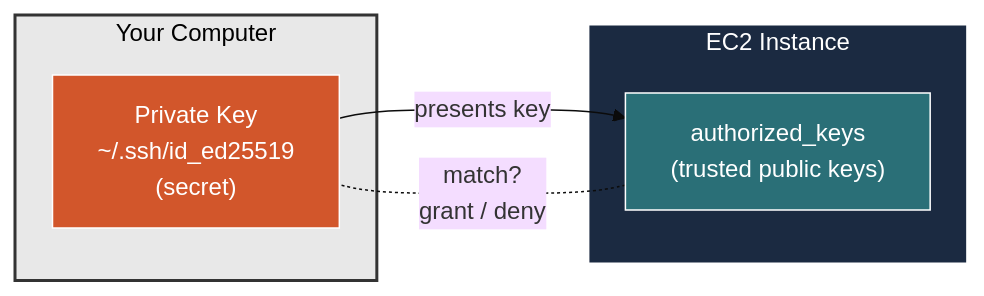
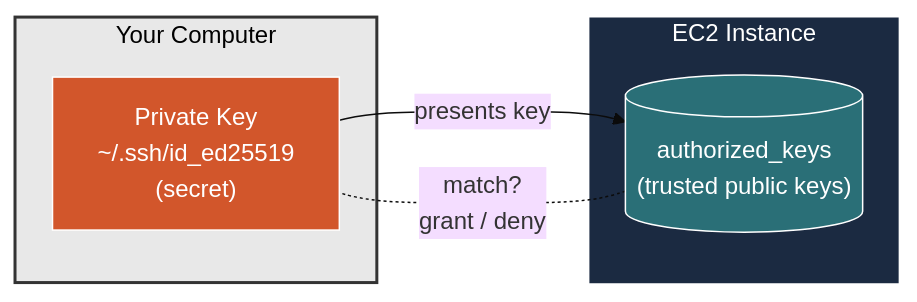
The first of 3 diagrams in manage-ssh-keys.qmd (mjfrigaard/do4ds-labs), drawn with Mermaid before and after one commit. The commit also changed 28 other files, not shown here.

Commit message:
updates to mermaids

````diff
--- a/manage-ssh-keys.qmd
+++ b/manage-ssh-keys.qmd
@@ -59,21 +59,21 @@
 ```{mermaid}
 %%| fig-cap: 'SSH Key Pair Authentication'
 %%| fig-width: 8.0
 %%| fig-align: 'center'
 %%{init: {'theme': 'base', 'themeVariables': {'fontFamily': 'monospace'}}}%%
 
 graph LR
     subgraph Client["Your Computer"]
         priv["Private Key<br/>~/.ssh/id_ed25519<br/>(secret)"]
     end
     subgraph Server["EC2 Instance"]
-        auth["authorized_keys<br/>(trusted public keys)"]
+        auth[("authorized_keys<br/>(trusted public keys)")]
     end
     priv -->|"presents key"| auth
     auth -.-|"match?<br/>grant / deny"| priv
 
     style Client fill:#E8E8E8,stroke:#333,stroke-width:2px,color:#000
     style Server fill:#1B2A41,stroke:#fff,stroke-width:2px,color:#fff
     style priv fill:#D2562B,stroke:#fff,stroke-width:1px,color:#fff
     style auth fill:#2A6F77,stroke:#fff,stroke-width:1px,color:#fff
 ```
````
